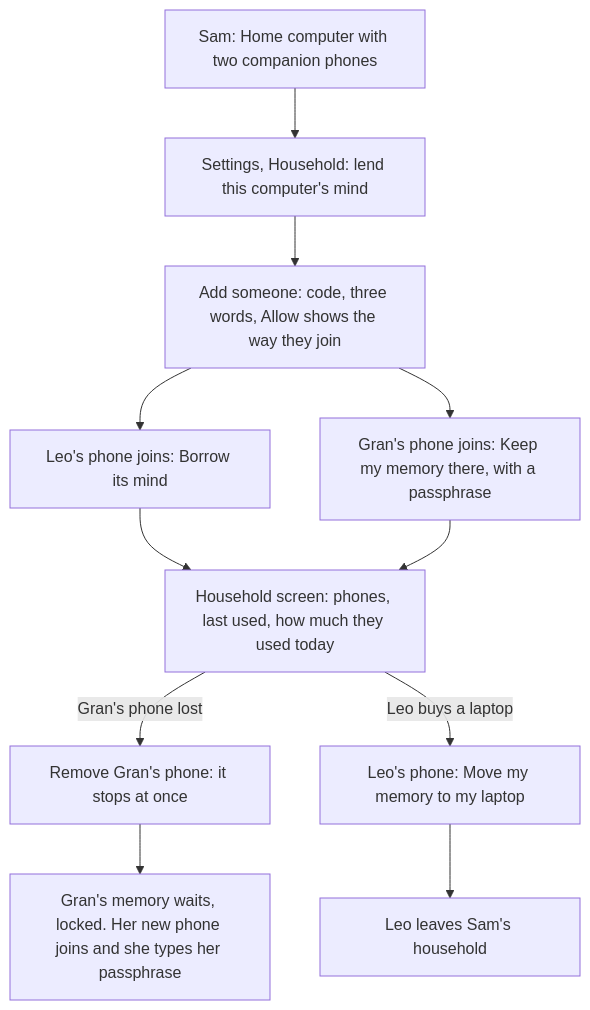
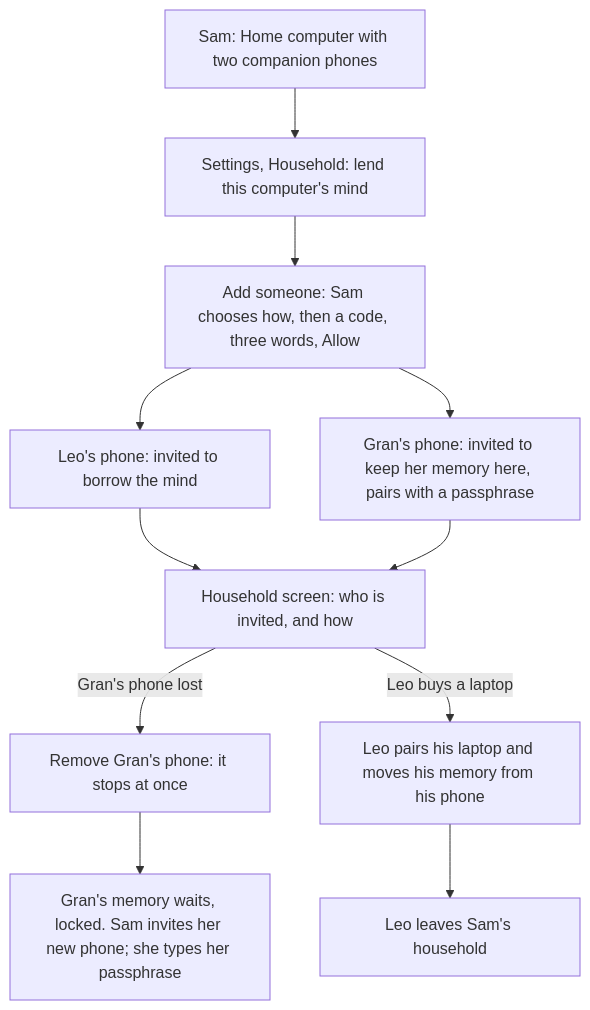
One commit to agync/nocturne changed the fourth of 5 diagrams in docs/design/phone-parity.md. Above: the diagram before and after it, drawn with Mermaid. The commit also changed other lines of this file and 4 other files, not shown here.

````diff
--- a/docs/design/phone-parity.md
+++ b/docs/design/phone-parity.md
@@ -212,13 +223,13 @@
 ```mermaid
 flowchart TD
     S[Sam: Home computer with two companion phones] --> HO[Settings, Household: lend this computer's mind]
-    HO --> AD[Add someone: code, three words, Allow shows the way they join]
-    AD --> L[Leo's phone joins: Borrow its mind]
-    AD --> G[Gran's phone joins: Keep my memory there, with a passphrase]
-    L --> HV[Household screen: phones, last used, how much they used today]
+    HO --> AD[Add someone: Sam chooses how, then a code, three words, Allow]
+    AD --> L[Leo's phone: invited to borrow the mind]
+    AD --> G[Gran's phone: invited to keep her memory here, pairs with a passphrase]
+    L --> HV[Household screen: who is invited, and how]
     G --> HV
     HV -->|Gran's phone lost| RM[Remove Gran's phone: it stops at once]
-    RM --> GR[Gran's memory waits, locked. Her new phone joins and she types her passphrase]
-    HV -->|Leo buys a laptop| LM[Leo's phone: Move my memory to my laptop]
+    RM --> GR[Gran's memory waits, locked. Sam invites her new phone; she types her passphrase]
+    HV -->|Leo buys a laptop| LM[Leo pairs his laptop and moves his memory from his phone]
     LM --> LL[Leo leaves Sam's household]
 ```
````
